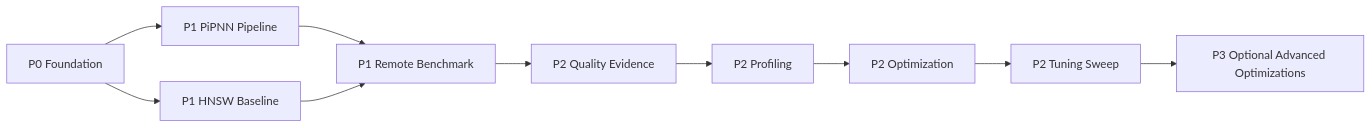
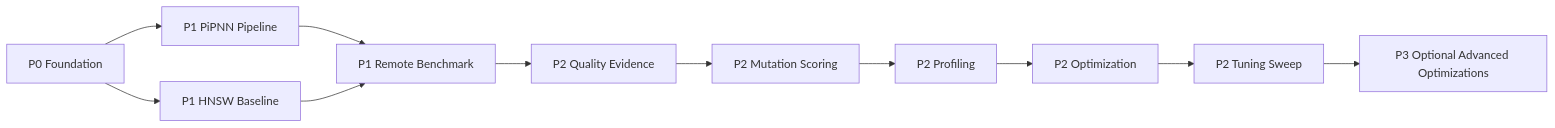
Before and after one commit to benwuhua/pipnn: diagram 13 of 13 in docs/plans/2026-03-12-pipnn-poc-design.md, drawn with Mermaid. The commit also changed other lines of this file and 2 other files, not shown here.

Commit message:
feat: increment wave 3 for mutation scoring

````diff
--- a/docs/plans/2026-03-12-pipnn-poc-design.md
+++ b/docs/plans/2026-03-12-pipnn-poc-design.md
@@ -325,12 +367,13 @@
 ```mermaid
 graph LR
   P0[P0 Foundation] --> P1A[P1 PiPNN Pipeline]
   P0 --> P1B[P1 HNSW Baseline]
   P1A --> P1C[P1 Remote Benchmark]
   P1B --> P1C
   P1C --> P2Q[P2 Quality Evidence]
-  P2Q --> P2A[P2 Profiling]
+  P2Q --> P2M[P2 Mutation Scoring]
+  P2M --> P2A[P2 Profiling]
   P2A --> P2B[P2 Optimization]
   P2B --> P2C[P2 Tuning Sweep]
   P2C --> P3[P3 Optional Advanced Optimizations]
 ```
````
